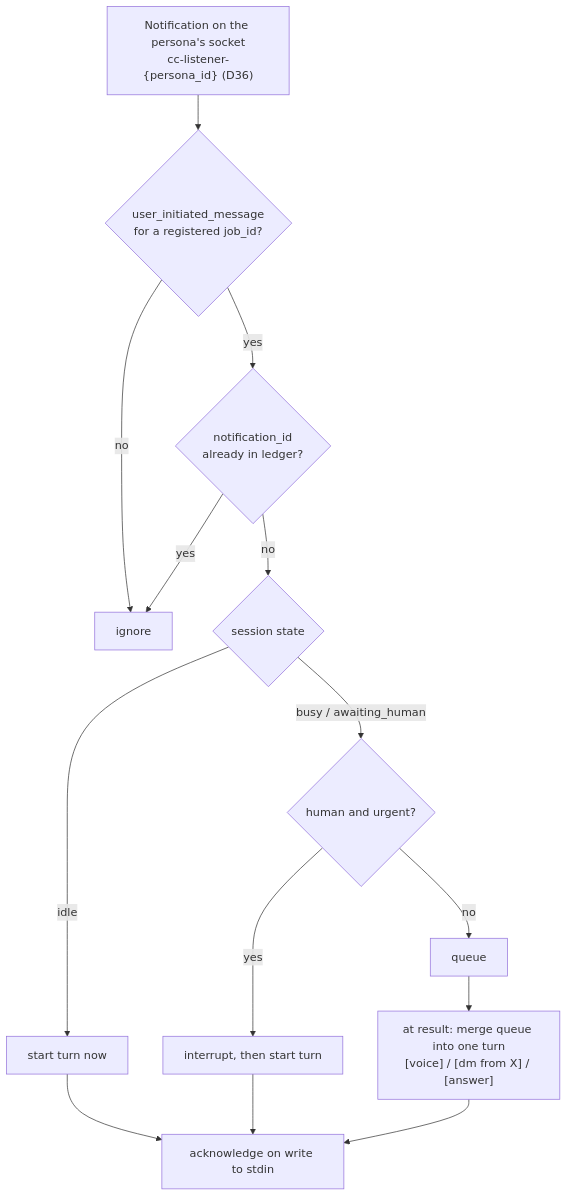
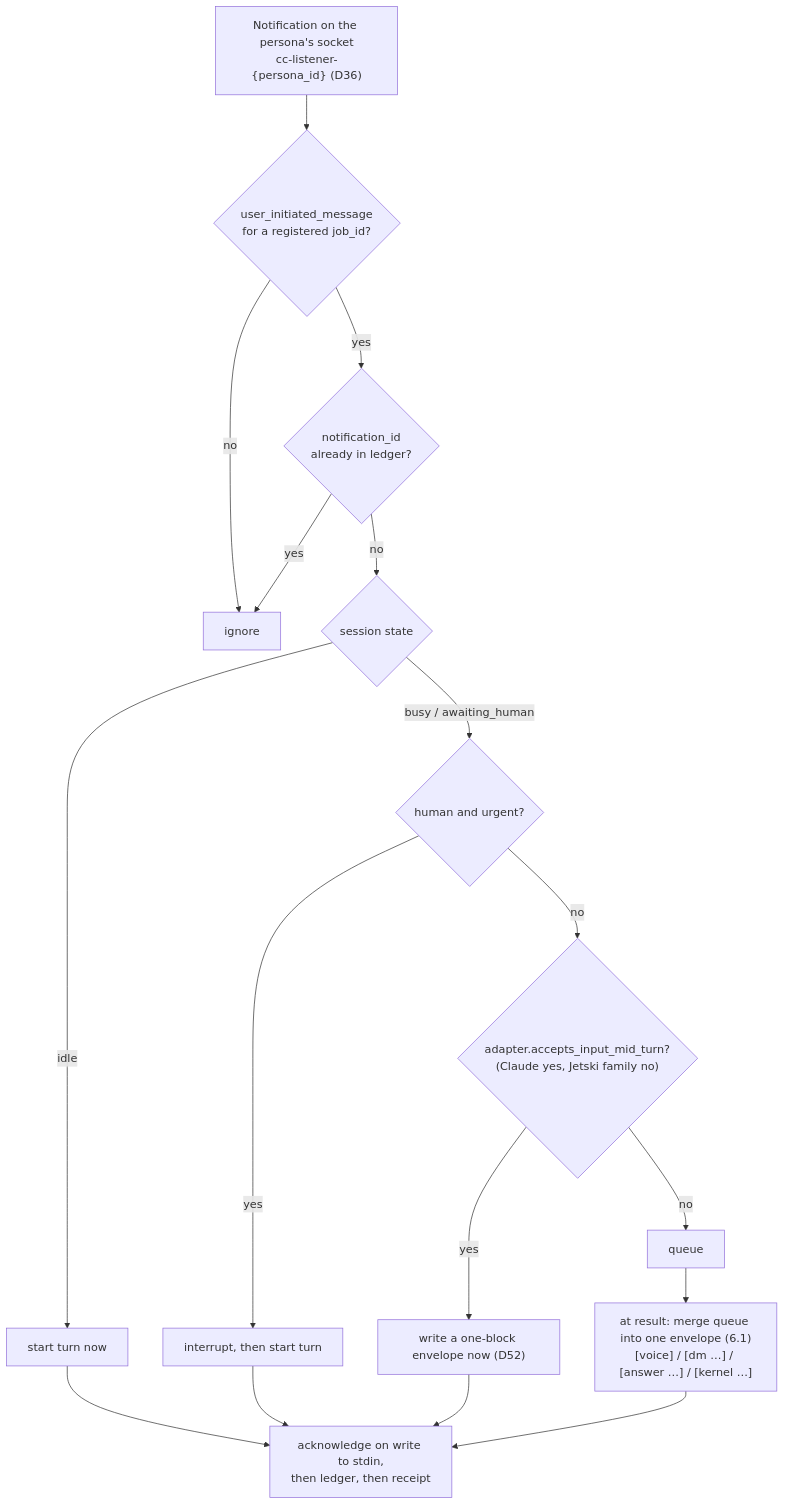
Before and after one commit to deepily/unified-headless-wrapper: the third of 6 diagrams in src/rnd/v0.0.1/01-framework.md, drawn with Mermaid. The commit also changed other lines of this file and 7 other files, not shown here.

First line of the commit message:
Resolve T12 as D52: inbox envelope, ledger, pull catch-up, Claude mid-turn policy

````diff
--- a/src/rnd/v0.0.1/01-framework.md
+++ b/src/rnd/v0.0.1/01-framework.md
@@ -384,16 +385,19 @@
 ```mermaid
 flowchart TD
     WS["Notification on the persona's socket<br/>cc-listener-{persona_id} (D36)"] --> T{"user_initiated_message<br/>for a registered job_id?"}
     T -- no --> DROP["ignore"]
     T -- yes --> L{"notification_id<br/>already in ledger?"}
     L -- yes --> DROP
     L -- no --> S{"session state"}
     S -- idle --> START["start turn now"]
     S -- "busy / awaiting_human" --> U{"human and urgent?"}
     U -- yes --> INT["interrupt, then start turn"]
-    U -- no --> Q["queue"]
-    Q --> R["at result: merge queue into one turn<br/>[voice] / [dm from X] / [answer]"]
-    START --> ACK["acknowledge on write to stdin"]
+    U -- no --> M{"adapter.accepts_input_mid_turn?<br/>(Claude yes, Jetski family no)"}
+    M -- yes --> NOW["write a one-block envelope now (D52)"]
+    M -- no --> Q["queue"]
+    Q --> R["at result: merge queue into one envelope (6.1)<br/>[voice] / [dm …] / [answer …] / [kernel …]"]
+    START --> ACK["acknowledge on write to stdin,<br/>then ledger, then receipt"]
     INT --> ACK
+    NOW --> ACK
     R --> ACK
 ```
````
